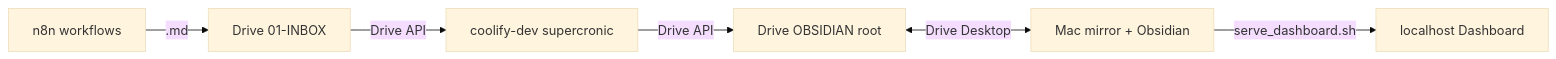
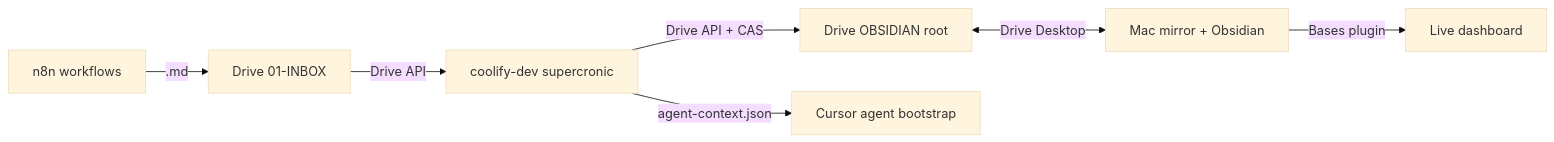
One commit to LC-RBEDU/claude-cowork changed the diagram in vps/second-brain-hub/README.md. Above: the diagram before and after it, drawn with Mermaid (base theme). The commit also changed other lines of this file and 35 other files, not shown here.

````diff
--- a/vps/second-brain-hub/README.md
+++ b/vps/second-brain-hub/README.md
@@ -9,8 +10,9 @@
 ```mermaid
 flowchart LR
-  n8n[n8n workflows] -->|".md"| DriveInbox[Drive 01-INBOX]
+  n8n[n8n workflows] -->|.md| DriveInbox[Drive 01-INBOX]
   DriveInbox -->|Drive API| Cron[coolify-dev supercronic]
-  Cron -->|Drive API| Vault[Drive OBSIDIAN root]
+  Cron -->|Drive API + CAS| Vault[Drive OBSIDIAN root]
   Vault <-->|Drive Desktop| Mac[Mac mirror + Obsidian]
-  Mac -->|serve_dashboard.sh| Browser[localhost Dashboard]
+  Mac -->|Bases plugin| Dashboard[Live dashboard]
+  Cron -->|agent-context.json| Agent[Cursor agent bootstrap]
 ```
````
